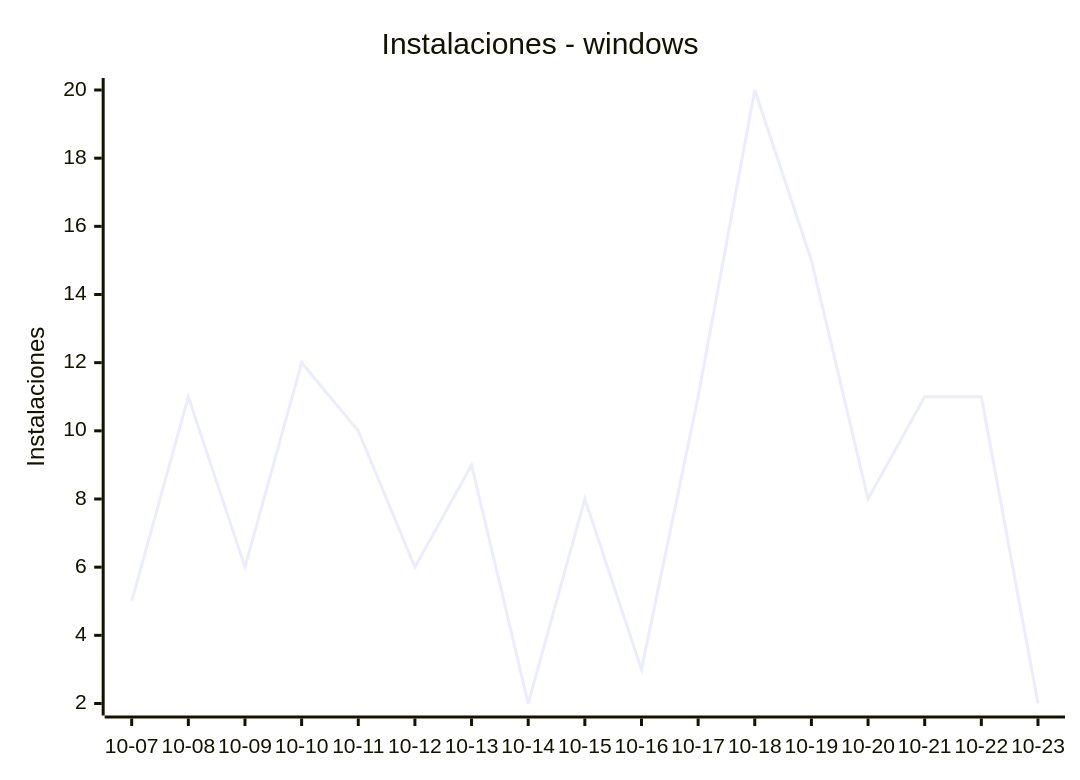
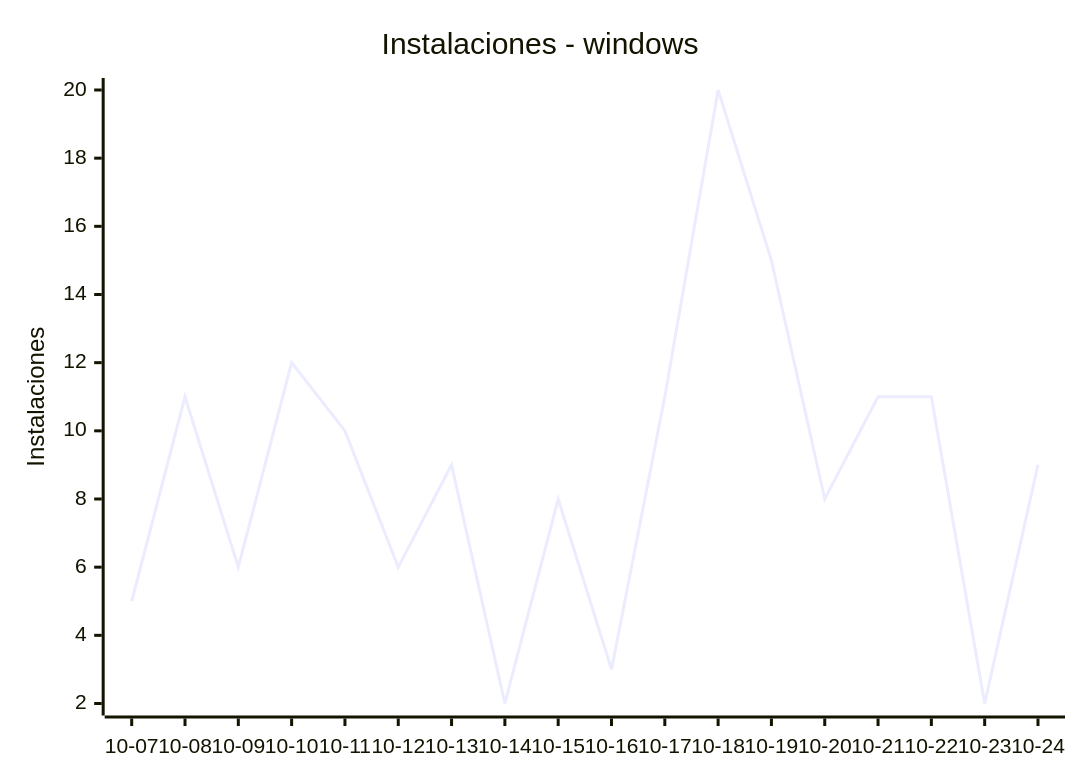
One commit to EmuDeck/stats changed the seventh of 9 diagrams in README.md. Above: the diagram before and after it, drawn with Mermaid. The commit also changed other lines of this file and 2 other files, not shown here.

````diff
--- a/README.md
+++ b/README.md
@@ -76,7 +76,7 @@
 ```mermaid
 xychart-beta
     title "Instalaciones - windows"
-    x-axis ["10-07", "10-08", "10-09", "10-10", "10-11", "10-12", "10-13", "10-14", "10-15", "10-16", "10-17", "10-18", "10-19", "10-20", "10-21", "10-22", "10-23"]
+    x-axis ["10-07", "10-08", "10-09", "10-10", "10-11", "10-12", "10-13", "10-14", "10-15", "10-16", "10-17", "10-18", "10-19", "10-20", "10-21", "10-22", "10-23", "10-24"]
     y-axis "Instalaciones"
-    line [5, 11, 6, 12, 10, 6, 9, 2, 8, 3, 11, 20, 15, 8, 11, 11, 2]
+    line [5, 11, 6, 12, 10, 6, 9, 2, 8, 3, 11, 20, 15, 8, 11, 11, 2, 9]
 ```
````
